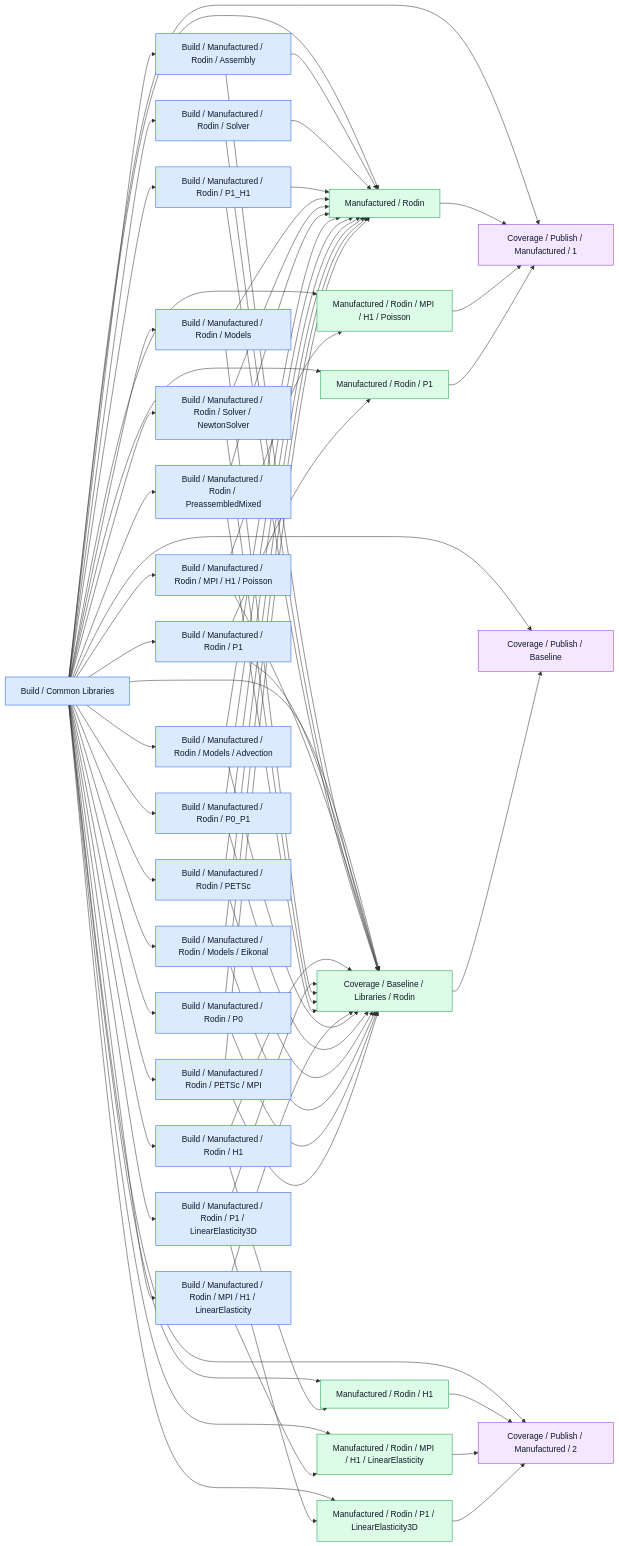
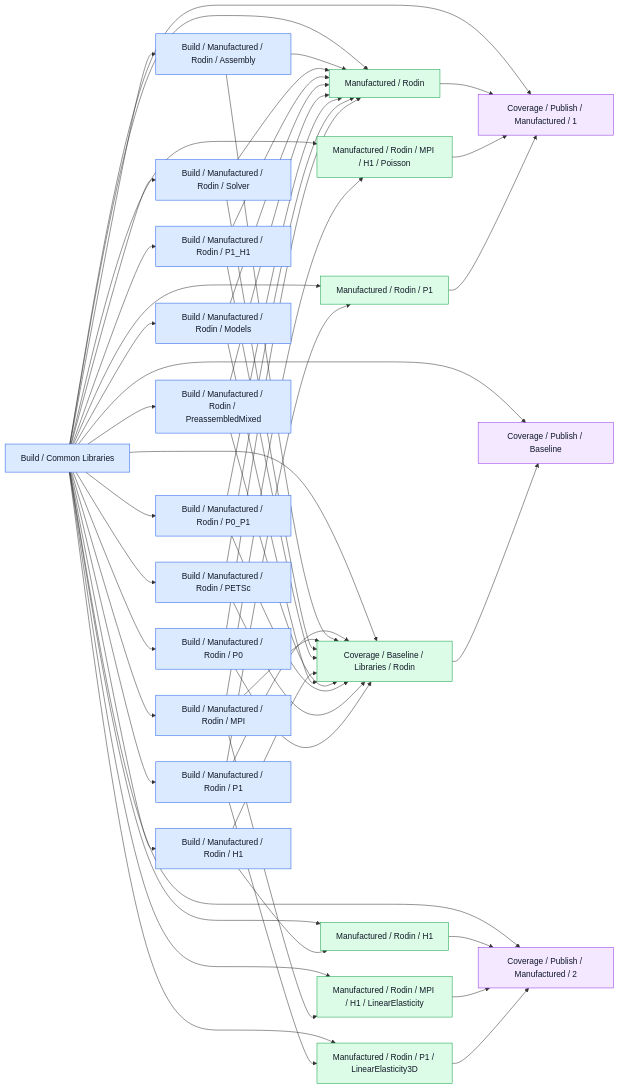
One commit to cbritopacheco/rodin changed the diagram in .github/ci/graphs/default_coverage.md. Above: the diagram before and after it, drawn with Mermaid. The commit also changed 31 other files, not shown here.

```diff
--- a/.github/ci/graphs/default_coverage.md
+++ b/.github/ci/graphs/default_coverage.md
@@ -13,21 +13,15 @@
     Common["Build / Common Libraries"]:::build
     b_1b3e09feff6d0310["Build / Manufactured / Rodin / Assembly"]:::build
     b_4fc891bf60607765["Build / Manufactured / Rodin / H1"]:::build
-    b_98cb3a9d18fb71d9["Build / Manufactured / Rodin / MPI / H1 / LinearElasticity"]:::build
-    b_21363f9fea89f273["Build / Manufactured / Rodin / MPI / H1 / Poisson"]:::build
+    b_22bdf11a32b1e59b["Build / Manufactured / Rodin / MPI"]:::build
     b_716d8deb40dfbdad["Build / Manufactured / Rodin / Models"]:::build
-    b_a2ddfff506400652["Build / Manufactured / Rodin / Models / Advection"]:::build
-    b_d3955dc6cad96f08["Build / Manufactured / Rodin / Models / Eikonal"]:::build
     b_e96c266e7ada561e["Build / Manufactured / Rodin / P0"]:::build
     b_ae3ddeee44430a7b["Build / Manufactured / Rodin / P0_P1"]:::build
     b_0dbff32f8c18754e["Build / Manufactured / Rodin / P1"]:::build
-    b_52251a2e7e31490d["Build / Manufactured / Rodin / P1 / LinearElasticity3D"]:::build
     b_4664058fb1624a42["Build / Manufactured / Rodin / P1_H1"]:::build
     b_c73f1c5dc55cbb1f["Build / Manufactured / Rodin / PETSc"]:::build
-    b_ef20d4e67a7ff792["Build / Manufactured / Rodin / PETSc / MPI"]:::build
     b_832be36f07ba17e2["Build / Manufactured / Rodin / PreassembledMixed"]:::build
     b_40fe281c3dcd857e["Build / Manufactured / Rodin / Solver"]:::build
-    b_7f51e665c29421b7["Build / Manufactured / Rodin / Solver / NewtonSolver"]:::build
     e_1e60a7246d24bcf4["Manufactured / Rodin"]:::execution
     e_58bfd15ee9417aa2["Manufactured / Rodin / H1"]:::execution
     e_8e1d1dc208212471["Manufactured / Rodin / MPI / H1 / LinearElasticity"]:::execution
@@ -40,62 +34,46 @@
     Publish_manufactured_2["Coverage / Publish / Manufactured / 2"]:::coverage
     Common --> b_1b3e09feff6d0310
     Common --> b_4fc891bf60607765
-    Common --> b_98cb3a9d18fb71d9
-    Common --> b_21363f9fea89f273
+    Common --> b_22bdf11a32b1e59b
     Common --> b_716d8deb40dfbdad
-    Common --> b_a2ddfff506400652
-    Common --> b_d3955dc6cad96f08
     Common --> b_e96c266e7ada561e
     Common --> b_ae3ddeee44430a7b
     Common --> b_0dbff32f8c18754e
-    Common --> b_52251a2e7e31490d
     Common --> b_4664058fb1624a42
     Common --> b_c73f1c5dc55cbb1f
-    Common --> b_ef20d4e67a7ff792
     Common --> b_832be36f07ba17e2
     Common --> b_40fe281c3dcd857e
-    Common --> b_7f51e665c29421b7
     Common --> e_1e60a7246d24bcf4
     b_1b3e09feff6d0310 --> e_1e60a7246d24bcf4
     b_40fe281c3dcd857e --> e_1e60a7246d24bcf4
     b_4664058fb1624a42 --> e_1e60a7246d24bcf4
     b_716d8deb40dfbdad --> e_1e60a7246d24bcf4
-    b_7f51e665c29421b7 --> e_1e60a7246d24bcf4
     b_832be36f07ba17e2 --> e_1e60a7246d24bcf4
-    b_a2ddfff506400652 --> e_1e60a7246d24bcf4
     b_ae3ddeee44430a7b --> e_1e60a7246d24bcf4
     b_c73f1c5dc55cbb1f --> e_1e60a7246d24bcf4
-    b_d3955dc6cad96f08 --> e_1e60a7246d24bcf4
     b_e96c266e7ada561e --> e_1e60a7246d24bcf4
-    b_ef20d4e67a7ff792 --> e_1e60a7246d24bcf4
     Common --> e_58bfd15ee9417aa2
     b_4fc891bf60607765 --> e_58bfd15ee9417aa2
     Common --> e_8e1d1dc208212471
-    b_98cb3a9d18fb71d9 --> e_8e1d1dc208212471
+    b_22bdf11a32b1e59b --> e_8e1d1dc208212471
     Common --> e_b1dd47638d1bef42
     b_0dbff32f8c18754e --> e_b1dd47638d1bef42
     Common --> e_b88223a2a372730c
-    b_21363f9fea89f273 --> e_b88223a2a372730c
+    b_22bdf11a32b1e59b --> e_b88223a2a372730c
     Common --> e_ec3565cfb8138ed9
     b_0dbff32f8c18754e --> e_ec3565cfb8138ed9
     b_1b3e09feff6d0310 --> e_ec3565cfb8138ed9
-    b_21363f9fea89f273 --> e_ec3565cfb8138ed9
+    b_22bdf11a32b1e59b --> e_ec3565cfb8138ed9
     b_40fe281c3dcd857e --> e_ec3565cfb8138ed9
     b_4664058fb1624a42 --> e_ec3565cfb8138ed9
     b_4fc891bf60607765 --> e_ec3565cfb8138ed9
-    b_52251a2e7e31490d --> e_ec3565cfb8138ed9
     b_716d8deb40dfbdad --> e_ec3565cfb8138ed9
-    b_7f51e665c29421b7 --> e_ec3565cfb8138ed9
     b_832be36f07ba17e2 --> e_ec3565cfb8138ed9
-    b_98cb3a9d18fb71d9 --> e_ec3565cfb8138ed9
-    b_a2ddfff506400652 --> e_ec3565cfb8138ed9
     b_ae3ddeee44430a7b --> e_ec3565cfb8138ed9
     b_c73f1c5dc55cbb1f --> e_ec3565cfb8138ed9
-    b_d3955dc6cad96f08 --> e_ec3565cfb8138ed9
     b_e96c266e7ada561e --> e_ec3565cfb8138ed9
-    b_ef20d4e67a7ff792 --> e_ec3565cfb8138ed9
     Common --> e_fe559a2375c8bb17
-    b_52251a2e7e31490d --> e_fe559a2375c8bb17
+    b_0dbff32f8c18754e --> e_fe559a2375c8bb17
     Common --> Publish_baseline
     e_ec3565cfb8138ed9 --> Publish_baseline
     Common --> Publish_manufactured_1
```
